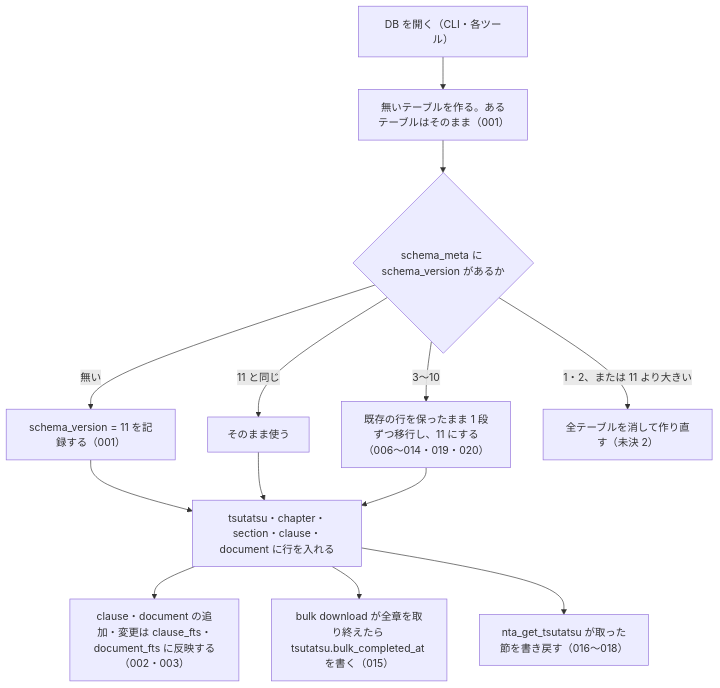
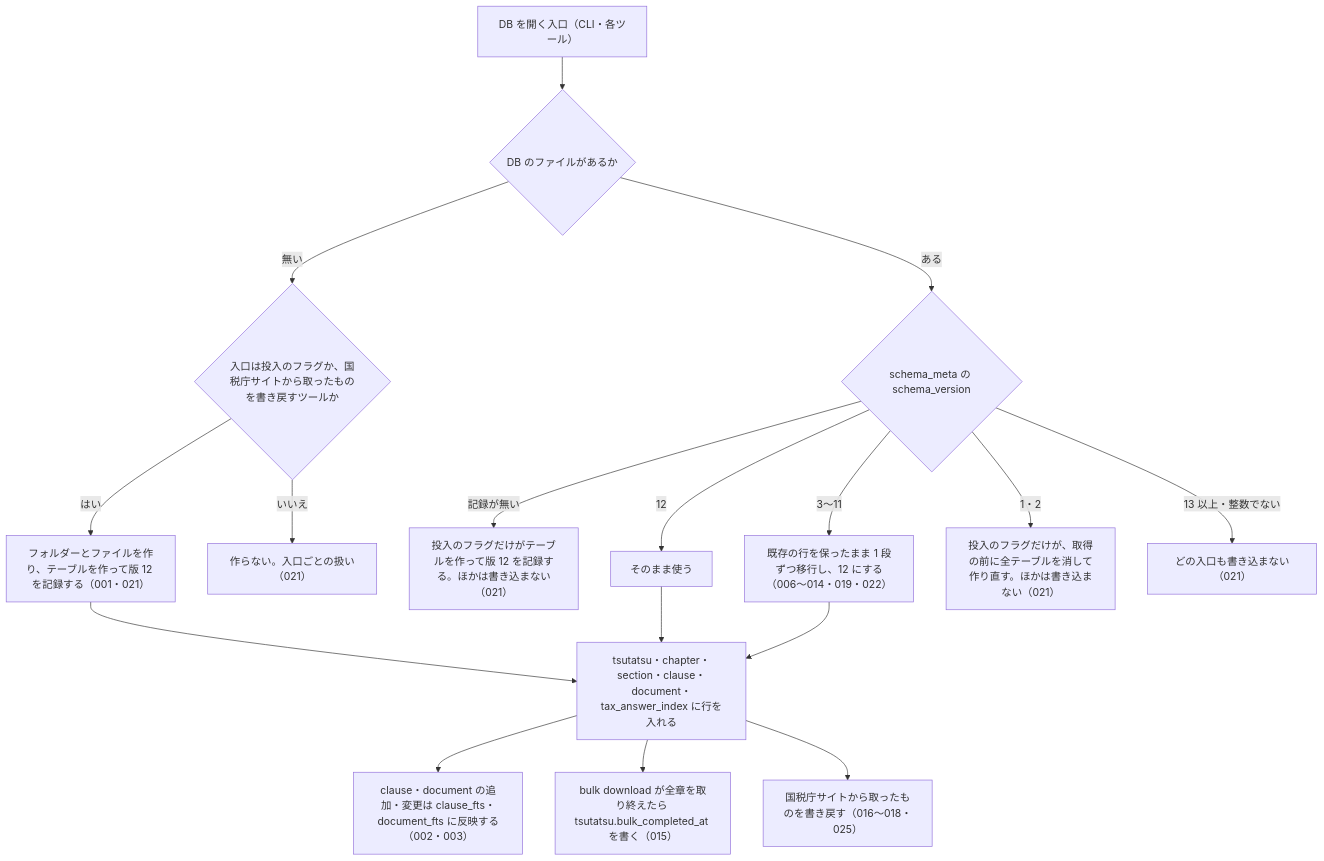
Before and after one commit to shuji-bonji/houki-nta-mcp: the diagram in specs/current/db_schema/spec.md, drawn with Mermaid. The commit also changed other lines of this file and 43 other files, not shown here.

````diff
--- a/specs/current/db_schema/spec.md
+++ b/specs/current/db_schema/spec.md
@@ -34,15 +35,19 @@
 ```mermaid
 flowchart TD
-  A["DB を開く（CLI・各ツール）"] --> B["無いテーブルを作る。あるテーブルはそのまま（001）"]
-  B --> C{"schema_meta に schema_version があるか"}
-  C -- 無い --> D["schema_version = 11 を記録する（001）"]
-  C -- "11 と同じ" --> E["そのまま使う"]
-  C -- "3〜10" --> F["既存の行を保ったまま 1 段ずつ移行し、11 にする（006〜014・019・020）"]
-  C -- "1・2、または 11 より大きい" --> G["全テーブルを消して作り直す（未決 2）"]
-  D --> H["tsutatsu・chapter・section・clause・document に行を入れる"]
-  E --> H
-  F --> H
-  H --> I["clause・document の追加・変更は clause_fts・document_fts に反映する（002・003）"]
-  H --> J["bulk download が全章を取り終えたら tsutatsu.bulk_completed_at を書く（015）"]
-  H --> K["nta_get_tsutatsu が取った節を書き戻す（016〜018）"]
+  A["DB を開く入口（CLI・各ツール）"] --> B{"DB のファイルがあるか"}
+  B -- 無い --> C{"入口は投入のフラグか、国税庁サイトから取ったものを書き戻すツールか"}
+  C -- はい --> C1["フォルダーとファイルを作り、テーブルを作って版 12 を記録する（001・021）"]
+  C -- いいえ --> C2["作らない。入口ごとの扱い（021）"]
+  B -- ある --> D{"schema_meta の schema_version"}
+  D -- "記録が無い" --> D1["投入のフラグだけがテーブルを作って版 12 を記録する。ほかは書き込まない（021）"]
+  D -- "12" --> E["そのまま使う"]
+  D -- "3〜11" --> F["既存の行を保ったまま 1 段ずつ移行し、12 にする（006〜014・019・022）"]
+  D -- "1・2" --> G["投入のフラグだけが、取得の前に全テーブルを消して作り直す。ほかは書き込まない（021）"]
+  D -- "13 以上・整数でない" --> H["どの入口も書き込まない（021）"]
+  C1 --> I["tsutatsu・chapter・section・clause・document・tax_answer_index に行を入れる"]
+  E --> I
+  F --> I
+  I --> J["clause・document の追加・変更は clause_fts・document_fts に反映する（002・003）"]
+  I --> K["bulk download が全章を取り終えたら tsutatsu.bulk_completed_at を書く（015）"]
+  I --> L["国税庁サイトから取ったものを書き戻す（016〜018・025）"]
 ```
````
